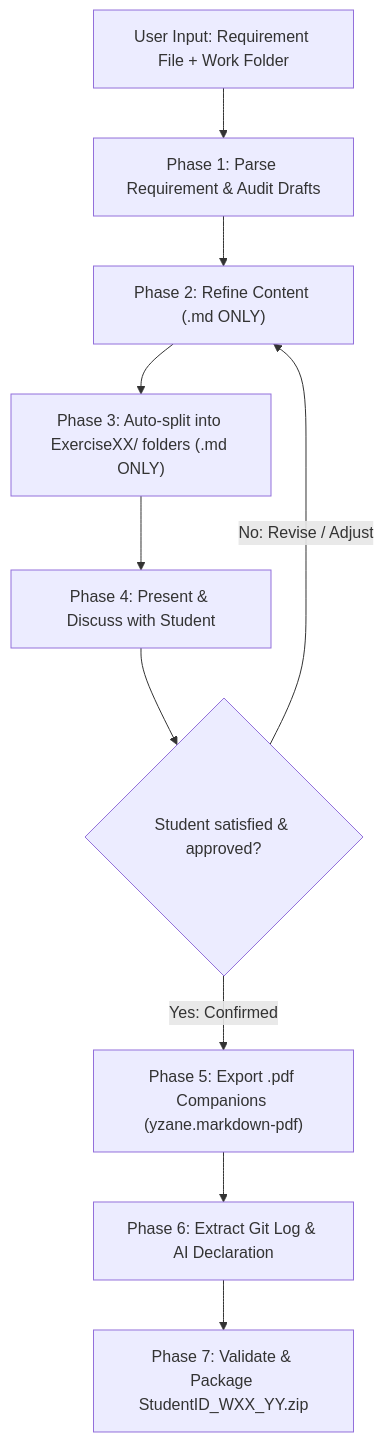
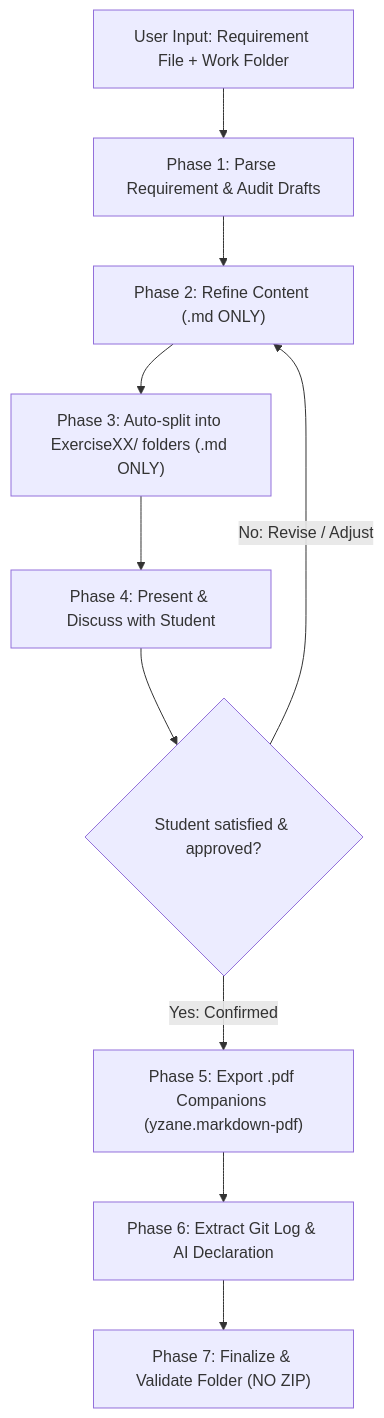
The diagram in .agent/skills/lab-assignment/SKILL.md (LyTranThai/Computational-Thinking), drawn with Mermaid before and after one commit. The commit also changed other lines of this file and 7 other files, not shown here.

````diff
--- a/.agent/skills/lab-assignment/SKILL.md
+++ b/.agent/skills/lab-assignment/SKILL.md
@@ -41,12 +41,12 @@
 ```mermaid
 flowchart TD
     A["User Input: Requirement File + Work Folder"] --> B["Phase 1: Parse Requirement & Audit Drafts"]
     B --> C["Phase 2: Refine Content (.md ONLY)"]
     C --> D["Phase 3: Auto-split into ExerciseXX/ folders (.md ONLY)"]
     D --> E["Phase 4: Present & Discuss with Student"]
     E --> F{"Student satisfied & approved?"}
     F -- No: Revise / Adjust --> C
     F -- Yes: Confirmed --> G["Phase 5: Export .pdf Companions (yzane.markdown-pdf)"]
     G --> H["Phase 6: Extract Git Log & AI Declaration"]
-    H --> I["Phase 7: Validate & Package StudentID_WXX_YY.zip"]
+    H --> I["Phase 7: Finalize & Validate Folder (NO ZIP)"]
 ```
````
